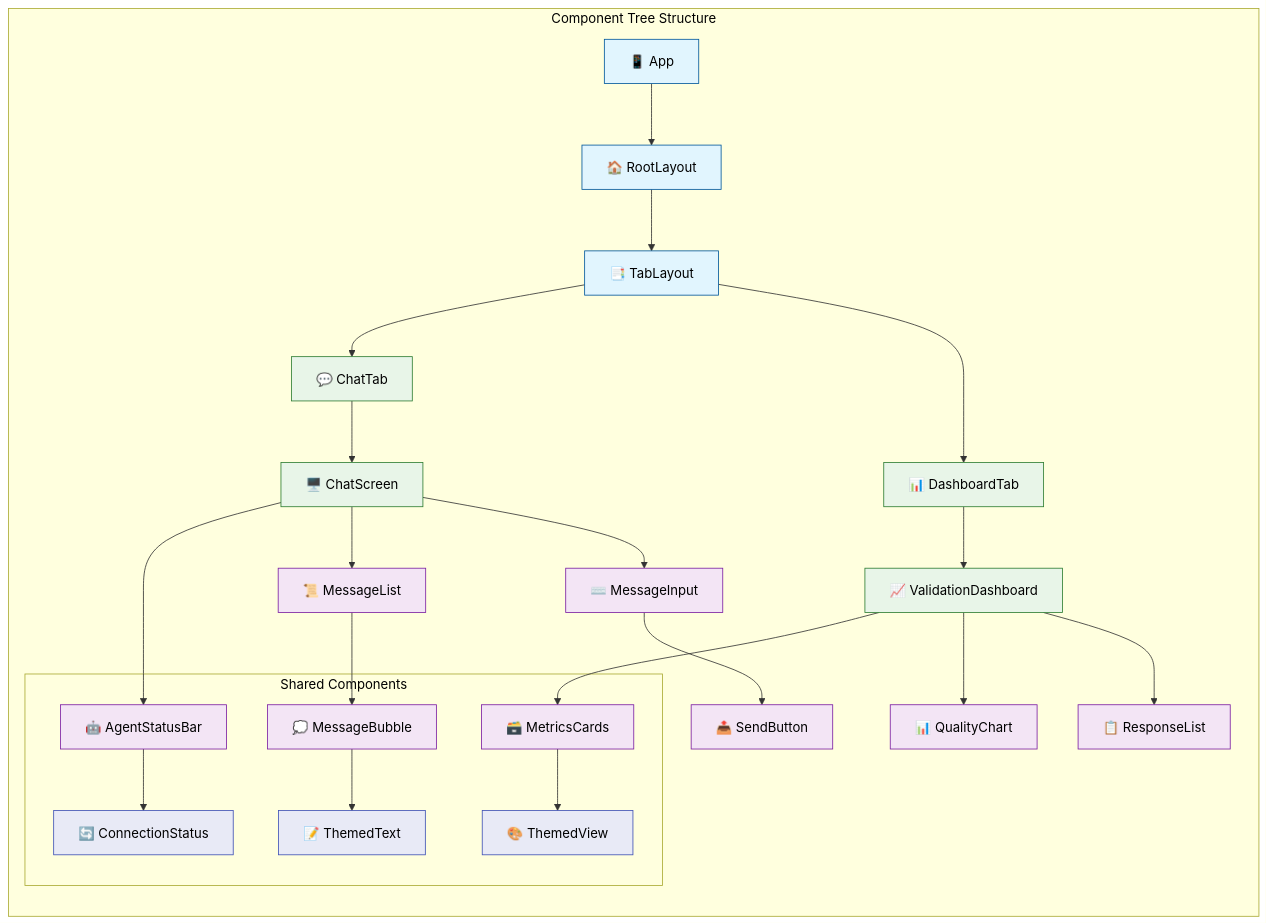
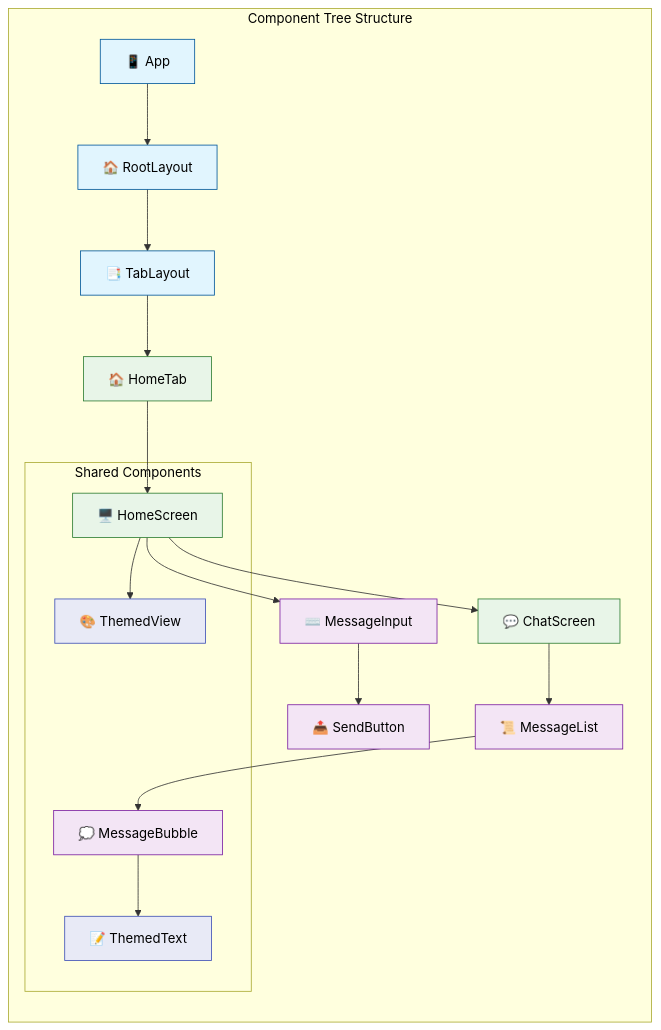
One commit to ianlintner/Example-React-AI-Chat-App changed the third of 7 diagrams in docs/architecture/components/frontend.md. Above: the diagram before and after it, drawn with Mermaid. The commit also changed other lines of this file and 15 other files, not shown here.

````diff
--- a/docs/architecture/components/frontend.md
+++ b/docs/architecture/components/frontend.md
@@ -225,40 +207,33 @@
 ```mermaid
 graph LR
     subgraph "Component Tree Structure"
         App[📱 App] --> Root[🏠 RootLayout]
         Root --> Tabs[📑 TabLayout]
         
-        Tabs --> Chat[💬 ChatTab]
-        Tabs --> Dash[📊 DashboardTab]
+        Tabs --> Home[🏠 HomeTab]
         
-        Chat --> ChatScreen[🖥️ ChatScreen]
-        Dash --> ValDash[📈 ValidationDashboard]
+        Home --> HomeScreen[🖥️ HomeScreen]
         
-        ChatScreen --> Agent[🤖 AgentStatusBar]
+        HomeScreen --> ChatScreen[💬 ChatScreen]
+        HomeScreen --> Input[⌨️ MessageInput]
+        
         ChatScreen --> Messages[📜 MessageList]
-        ChatScreen --> Input[⌨️ MessageInput]
-        
         Messages --> Bubble[💭 MessageBubble]
         Input --> Send[📤 SendButton]
         
-        ValDash --> Cards[🗃️ MetricsCards]
-        ValDash --> Chart[📊 QualityChart]
-        ValDash --> Log[📋 ResponseList]
-        
         subgraph "Shared Components"
             Bubble --> Text[📝 ThemedText]
-            Cards --> View[🎨 ThemedView]
-            Agent --> Status[🔄 ConnectionStatus]
+            HomeScreen --> View[🎨 ThemedView]
         end
     end
 
     classDef root fill:#e1f5fe,stroke:#01579b,color:#000
     classDef screen fill:#e8f5e8,stroke:#2e7d32,color:#000
     classDef component fill:#f3e5f5,stroke:#7b1fa2,color:#000
     classDef shared fill:#e8eaf6,stroke:#3f51b5,color:#000
     
     class App,Root,Tabs root
-    class Chat,Dash,ChatScreen,ValDash screen
-    class Agent,Messages,Input,Cards,Chart,Log,Bubble,Send component
-    class Text,View,Status shared
+    class Home,HomeScreen,ChatScreen screen
+    class Messages,Input,Bubble,Send component
+    class Text,View shared
 ```
````
